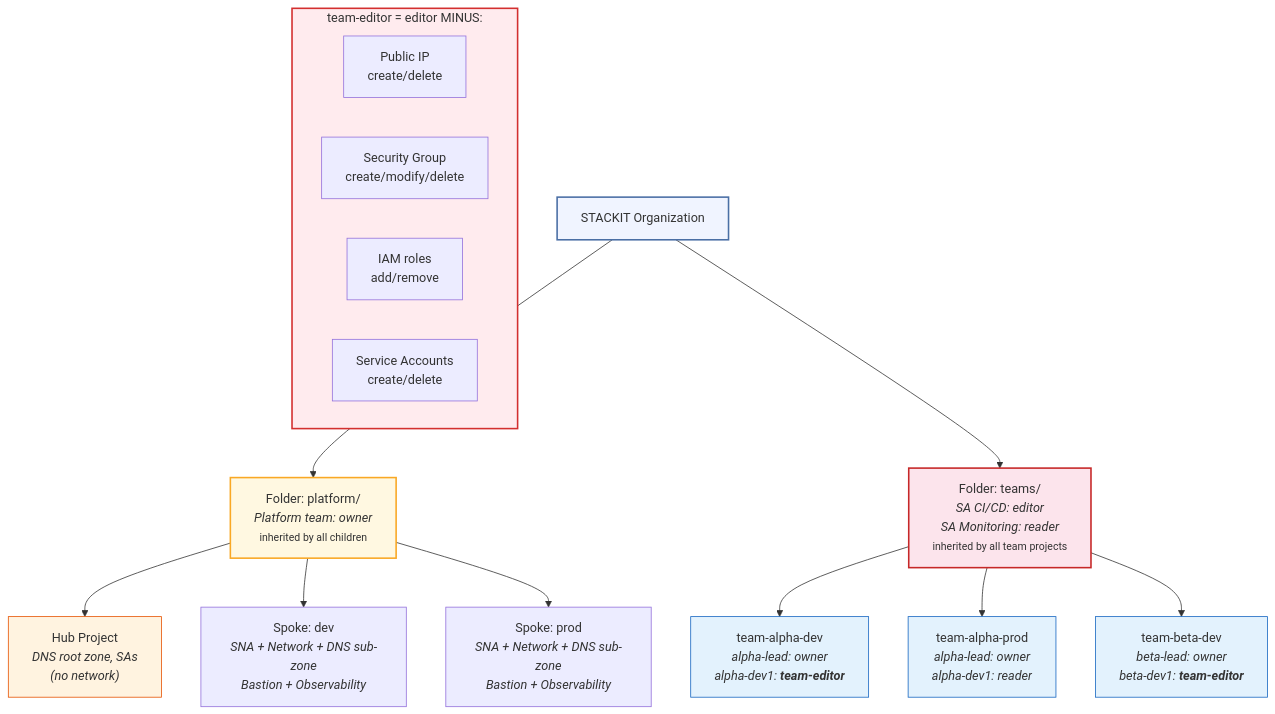
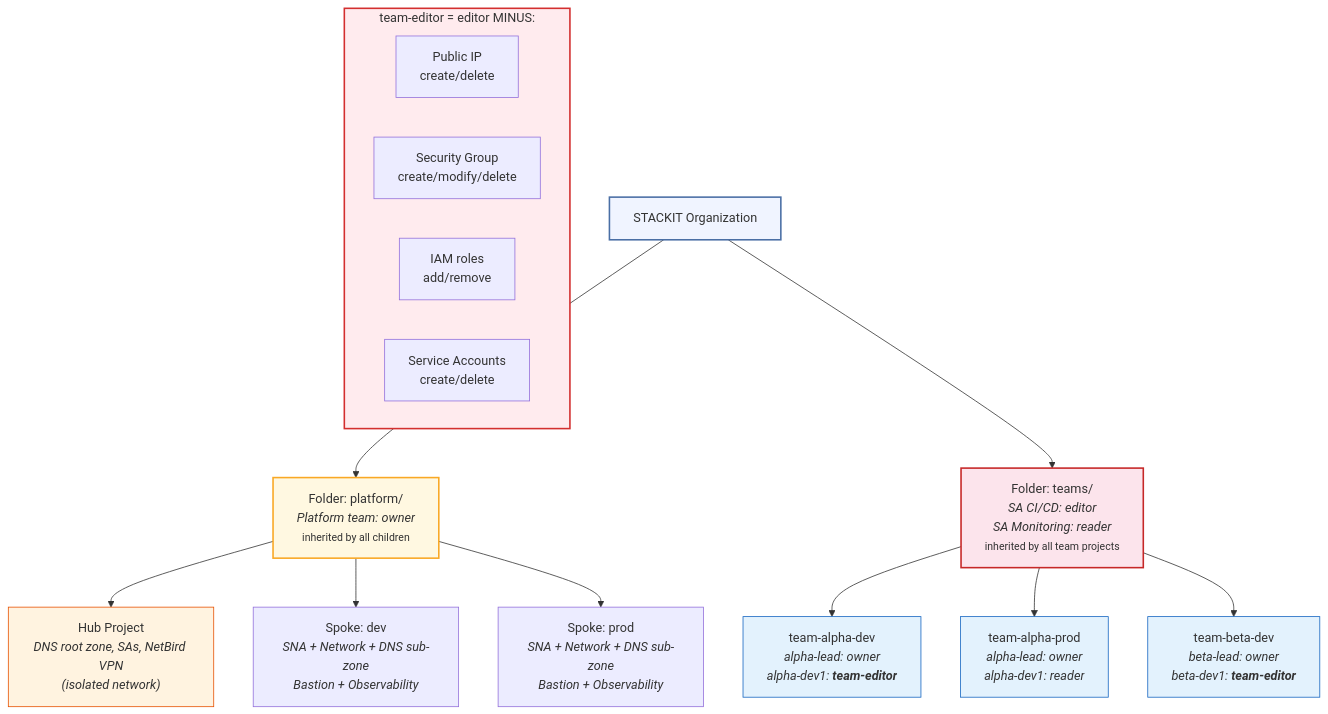
The sixth of 12 diagrams in docs/architecture.md (Liquid-Reply/stackit-landingzone), drawn with Mermaid before and after one commit. The commit also changed other lines of this file and 28 other files, not shown here.

````diff
--- a/docs/architecture.md
+++ b/docs/architecture.md
@@ -186,32 +240,32 @@
 ```mermaid
 graph TB
     org["STACKIT Organization"]
 
     org --> folder_platform["Folder: platform/<br/><i>Platform team: owner</i><br/><small>inherited by all children</small>"]
     org --> folder_teams["Folder: teams/<br/><i>SA CI/CD: editor</i><br/><i>SA Monitoring: reader</i><br/><small>inherited by all team projects</small>"]
 
-    folder_platform --> hub_proj["Hub Project<br/><i>DNS root zone, SAs</i><br/><i>(no network)</i>"]
+    folder_platform --> hub_proj["Hub Project<br/><i>DNS root zone, SAs, NetBird VPN</i><br/><i>(isolated network)</i>"]
     folder_platform --> spoke_dev_proj["Spoke: dev<br/><i>SNA + Network + DNS sub-zone</i><br/><i>Bastion + Observability</i>"]
     folder_platform --> spoke_prod_proj["Spoke: prod<br/><i>SNA + Network + DNS sub-zone</i><br/><i>Bastion + Observability</i>"]
 
     folder_teams --> alpha_dev_proj["team-alpha-dev<br/><i>alpha-lead: owner</i><br/><i>alpha-dev1: <b>team-editor</b></i>"]
     folder_teams --> alpha_prod_proj["team-alpha-prod<br/><i>alpha-lead: owner</i><br/><i>alpha-dev1: reader</i>"]
     folder_teams --> beta_dev_proj["team-beta-dev<br/><i>beta-lead: owner</i><br/><i>beta-dev1: <b>team-editor</b></i>"]
 
     subgraph restricted["team-editor = editor MINUS:"]
         direction LR
         no_pubip["Public IP<br/>create/delete"]
         no_sg["Security Group<br/>create/modify/delete"]
         no_iam["IAM roles<br/>add/remove"]
         no_sa["Service Accounts<br/>create/delete"]
     end
 
     style org fill:#f0f4ff,stroke:#4a6fa5,stroke-width:2px
     style folder_platform fill:#fff8e1,stroke:#f9a825,stroke-width:2px
     style folder_teams fill:#fce4ec,stroke:#c62828,stroke-width:2px
     style restricted fill:#ffebee,stroke:#d32f2f,stroke-width:2px
     style hub_proj fill:#fff3e0,stroke:#e65100,stroke-width:1px
     style alpha_dev_proj fill:#e3f2fd,stroke:#1565c0,stroke-width:1px
     style alpha_prod_proj fill:#e3f2fd,stroke:#1565c0,stroke-width:1px
     style beta_dev_proj fill:#e3f2fd,stroke:#1565c0,stroke-width:1px
 ```
````
